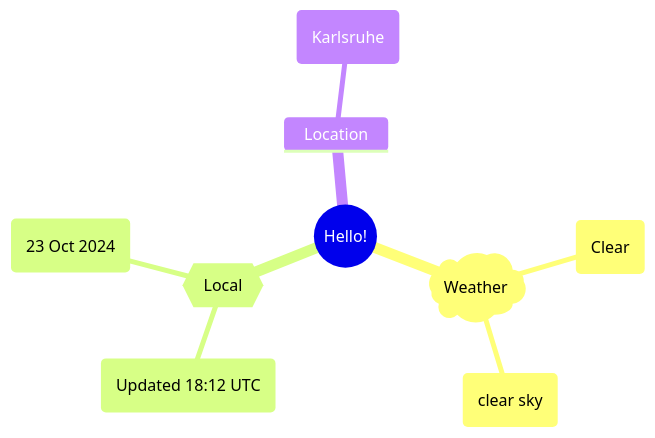
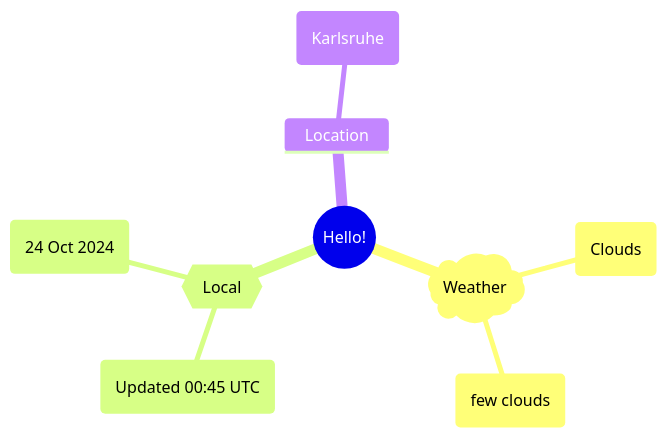
One commit to Xosrov/Xosrov changed the first of 2 diagrams in README.md. Above: the diagram before and after it, drawn with Mermaid.

Commit message:
[bot] updated images

````diff
--- a/README.md
+++ b/README.md
@@ -3,12 +3,12 @@
 ```mermaid
 mindmap
   root((Hello!))
     )Weather(
-        (Clear)
-        (clear sky)
+        (Clouds)
+        (few clouds)
     {{Local}}
-        (Updated 18:12 UTC)
-        (23 Oct 2024)
+        (Updated 00:45 UTC)
+        (24 Oct 2024)
     Location
         (Karlsruhe)
 ```
````
